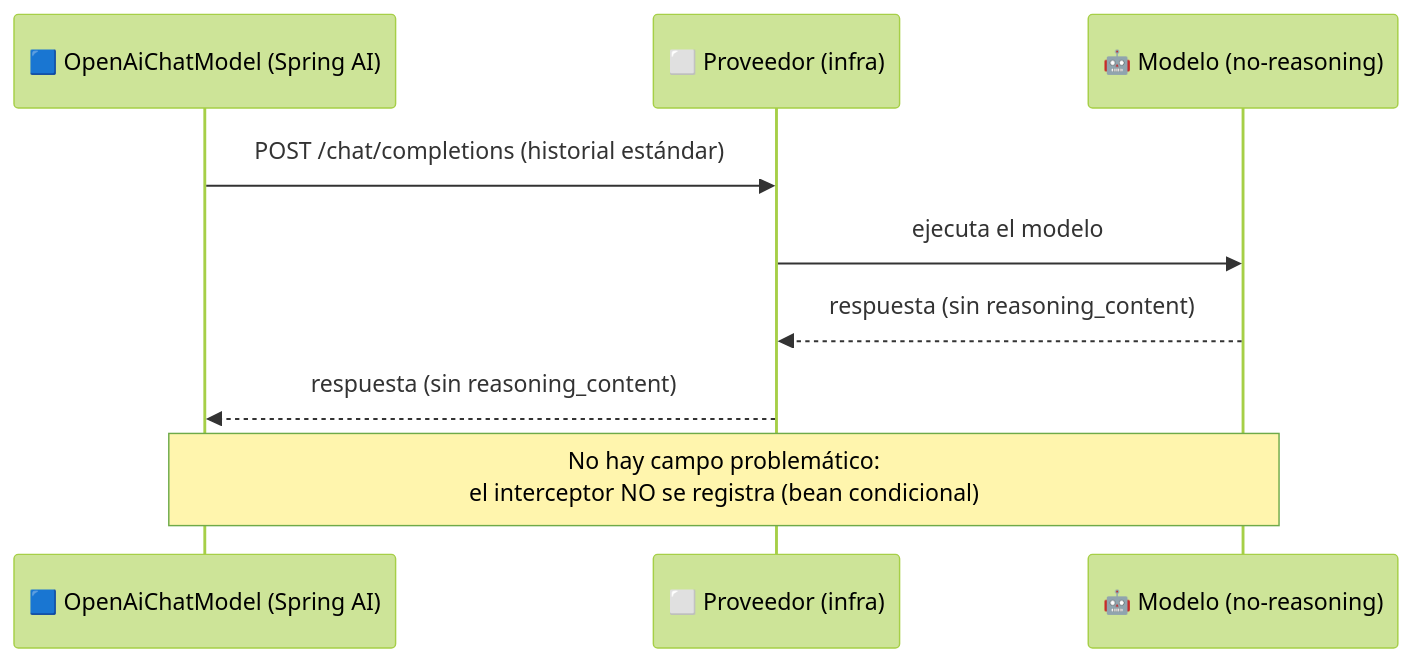
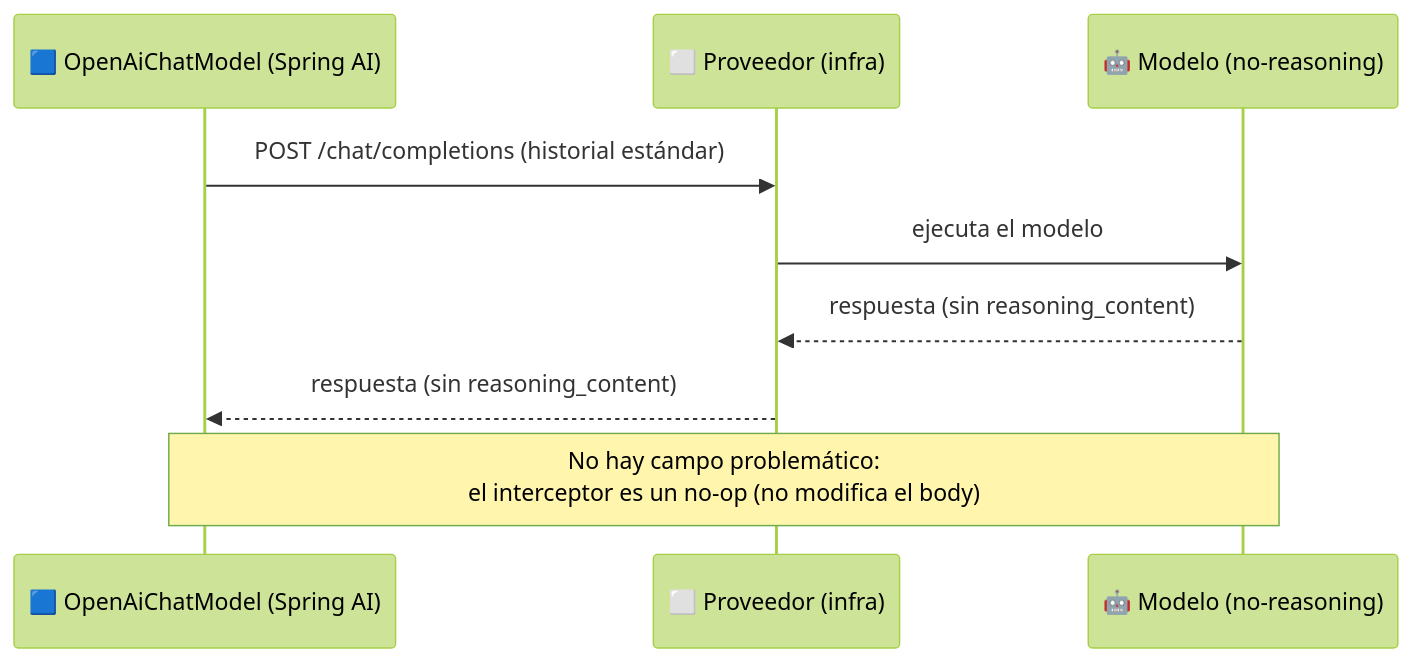
The fourth of 6 diagrams in client/README.md (Gianni-Nicolas/MCP-capsule), drawn with Mermaid (forest theme) before and after one commit. The commit also changed other lines of this file and 5 other files, not shown here.

````diff
--- a/client/README.md
+++ b/client/README.md
@@ -205,12 +204,12 @@
 ```mermaid
 sequenceDiagram
     participant CM as 🟦 OpenAiChatModel (Spring AI)
     participant P as ⬜ Proveedor (infra)
     participant M as 🤖 Modelo (no-reasoning)
 
     CM->>P: POST /chat/completions (historial estándar)
     P->>M: ejecuta el modelo
     M-->>P: respuesta (sin reasoning_content)
     P-->>CM: respuesta (sin reasoning_content)
-    Note over CM,M: No hay campo problemático:<br/>el interceptor NO se registra (bean condicional)
+    Note over CM,M: No hay campo problemático:<br/>el interceptor es un no-op (no modifica el body)
 ```
````
